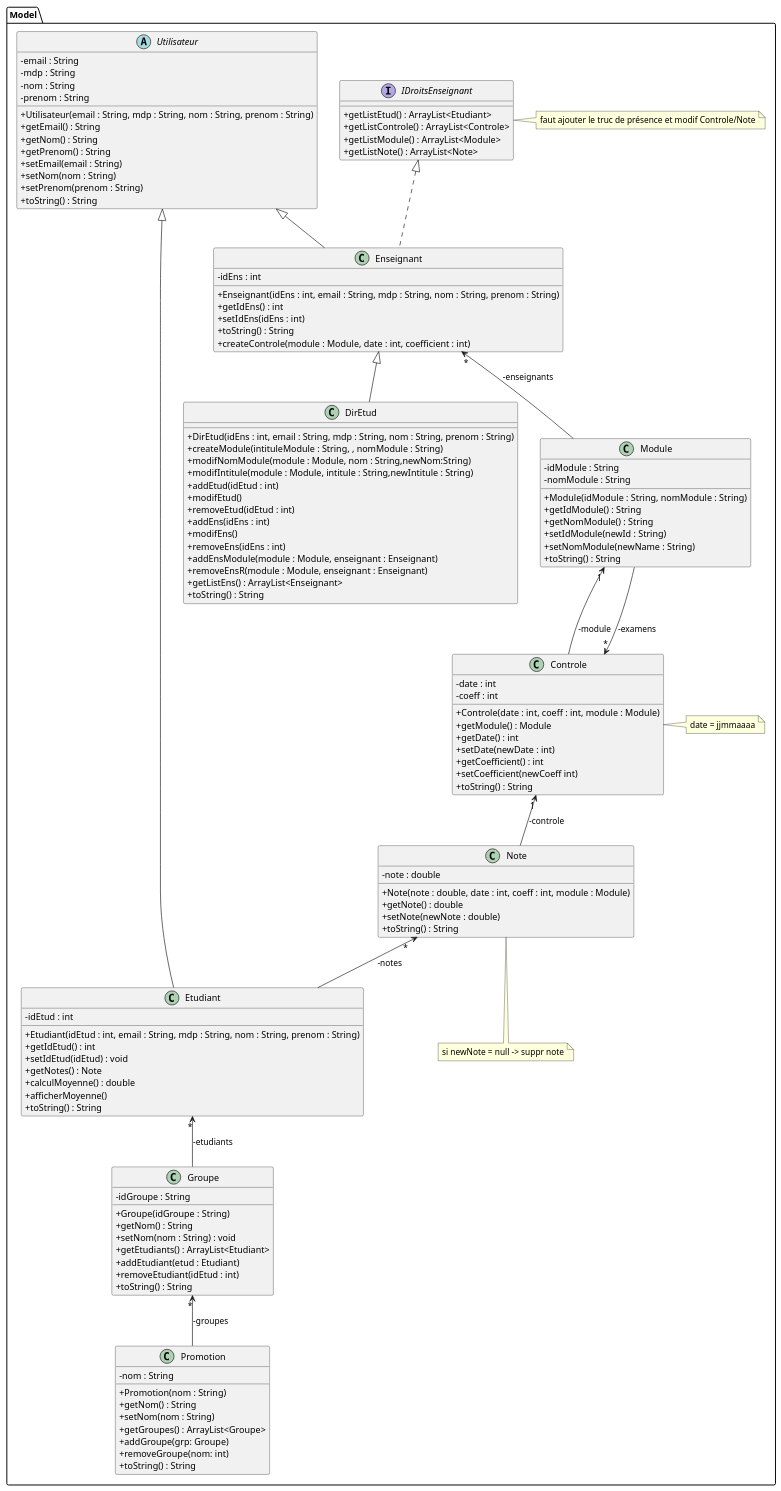
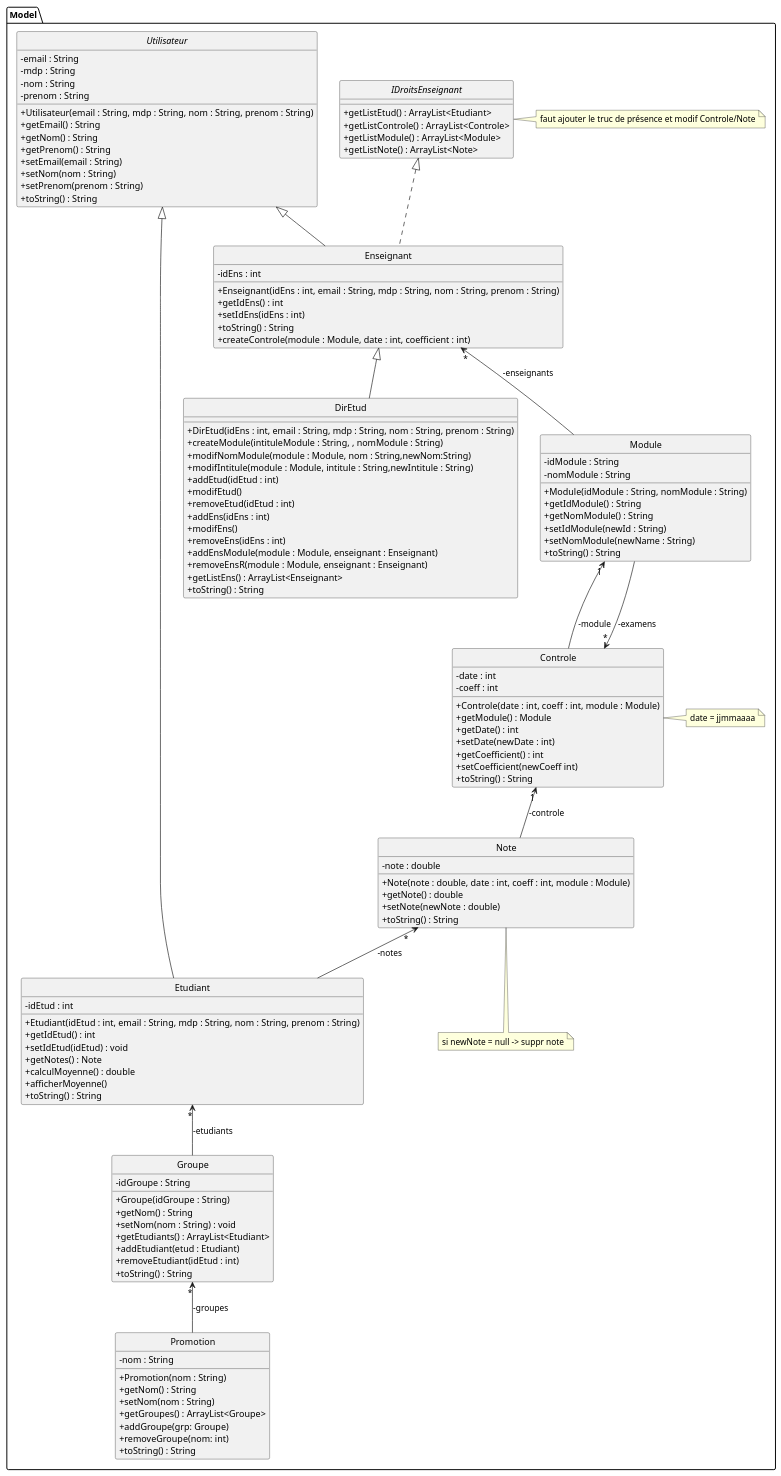
The diagram in s201_UML.md (Lohasta/Kallax), drawn with PlantUML before and after one commit.

Commit message:
enlevé les cercles

```diff
--- a/s201_UML.md
+++ b/s201_UML.md
@@ -1,5 +1,6 @@
 @startuml
 skinparam classAttributeIconSize 0
+hide circle
 
 package Model{
 
@@ -28,6 +29,7 @@
 note right of IDroitsEnseignant{
 faut ajouter le truc de présence et modif Controle/Note
 }
+
 class Etudiant{
 -idEtud : int
 +Etudiant(idEtud : int, email : String, mdp : String, nom : String, prenom : String)
@@ -38,6 +40,7 @@
 +afficherMoyenne()
 +toString() : String
 }
+
 class Enseignant{
 -idEns : int
 +Enseignant(idEns : int, email : String, mdp : String, nom : String, prenom : String)
@@ -45,8 +48,8 @@
 +setIdEns(idEns : int)
 +toString() : String
 +createControle(module : Module, date : int, coefficient : int)
+}
 
-}
 class DirEtud{
 +DirEtud(idEns : int, email : String, mdp : String, nom : String, prenom : String)
 +createModule(intituleModule : String, , nomModule : String)
@@ -74,6 +77,7 @@
 +setNomModule(newName : String)
 +toString() : String
 }
+
 +class Controle{
 -date : int
 -coeff : int
@@ -88,6 +92,7 @@
 note right of Controle{
 date = jjmmaaaa
 }
+
 +class Note{
 -note : double
 +Note(note : double, date : int, coeff : int, module : Module)
@@ -98,6 +103,7 @@
 note bottom of Note{
 si newNote = null -> suppr note
 }
+
 +class Promotion{
 -nom : String
 +Promotion(nom : String)
@@ -108,6 +114,7 @@
 +removeGroupe(nom: int)
 +toString() : String
 }
+
 +class Groupe{
 -idGroupe : String
 +Groupe(idGroupe : String)
@@ -118,6 +125,8 @@
 +removeEtudiant(idEtud : int)
 +toString() : String
 }
+
+
 IDroitsEnseignant <|.. Enseignant
 Note "*" <-- Etudiant : -notes
 Module "1" <-- Controle : -module
```
